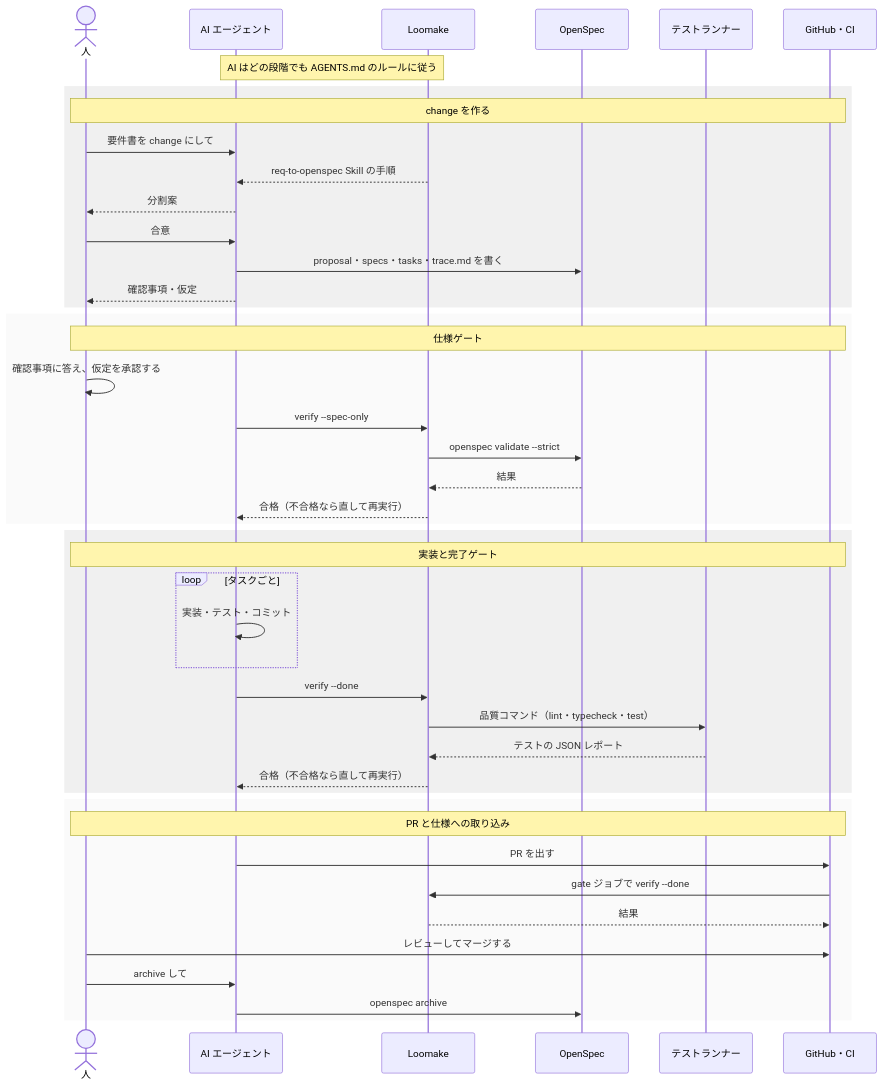
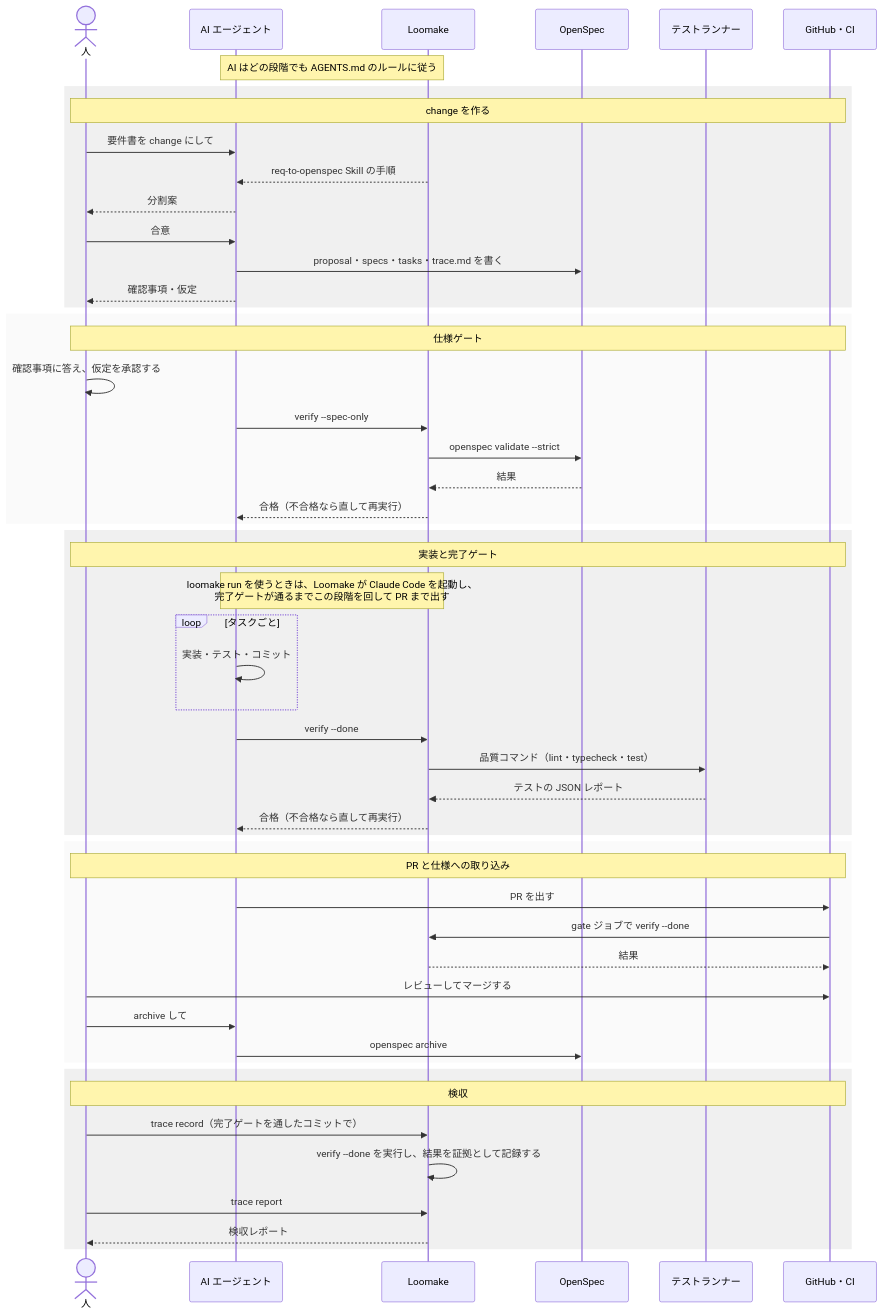
Before and after one commit to loomake/loomake: the second of 2 diagrams in docs/positioning.md, drawn with Mermaid. The commit also changed other lines of this file and 7 other files, not shown here.

````diff
--- a/docs/positioning.md
+++ b/docs/positioning.md
@@ -24,51 +98,60 @@
 ```mermaid
 sequenceDiagram
   actor H as 人
   participant A as AI エージェント
   participant L as Loomake
   participant O as OpenSpec
   participant T as テストランナー
   participant G as GitHub・CI
 
   Note over A,L: AI はどの段階でも AGENTS.md のルールに従う
 
   rect rgba(128, 128, 128, 0.12)
     Note over H,G: change を作る
     H->>A: 要件書を change にして
     L-->>A: req-to-openspec Skill の手順
     A-->>H: 分割案
     H->>A: 合意
     A->>O: proposal・specs・tasks・trace.md を書く
     A-->>H: 確認事項・仮定
   end
 
   rect rgba(128, 128, 128, 0.04)
     Note over H,G: 仕様ゲート
     H->>H: 確認事項に答え、仮定を承認する
     A->>L: verify --spec-only
     L->>O: openspec validate --strict
     O-->>L: 結果
     L-->>A: 合格（不合格なら直して再実行）
   end
 
   rect rgba(128, 128, 128, 0.12)
     Note over H,G: 実装と完了ゲート
+    Note over A,L: loomake run を使うときは、Loomake が Claude Code を起動し、<br>完了ゲートが通るまでこの段階を回して PR まで出す
     loop タスクごと
       A->>A: 実装・テスト・コミット
     end
     A->>L: verify --done
     L->>T: 品質コマンド（lint・typecheck・test）
     T-->>L: テストの JSON レポート
     L-->>A: 合格（不合格なら直して再実行）
   end
 
   rect rgba(128, 128, 128, 0.04)
     Note over H,G: PR と仕様への取り込み
     A->>G: PR を出す
     G->>L: gate ジョブで verify --done
     L-->>G: 結果
     H->>G: レビューしてマージする
     H->>A: archive して
     A->>O: openspec archive
   end
+
+  rect rgba(128, 128, 128, 0.12)
+    Note over H,G: 検収
+    H->>L: trace record（完了ゲートを通したコミットで）
+    L->>L: verify --done を実行し、結果を証拠として記録する
+    H->>L: trace report
+    L-->>H: 検収レポート
+  end
 ```
````
